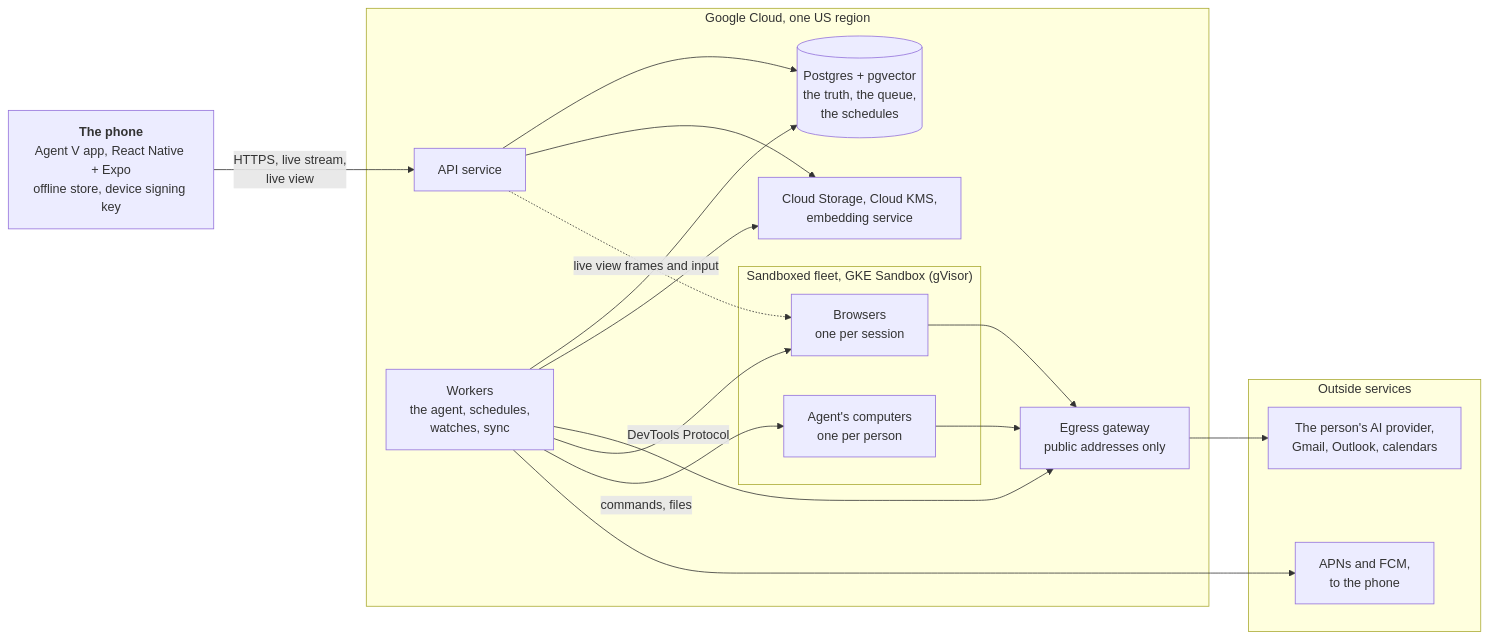
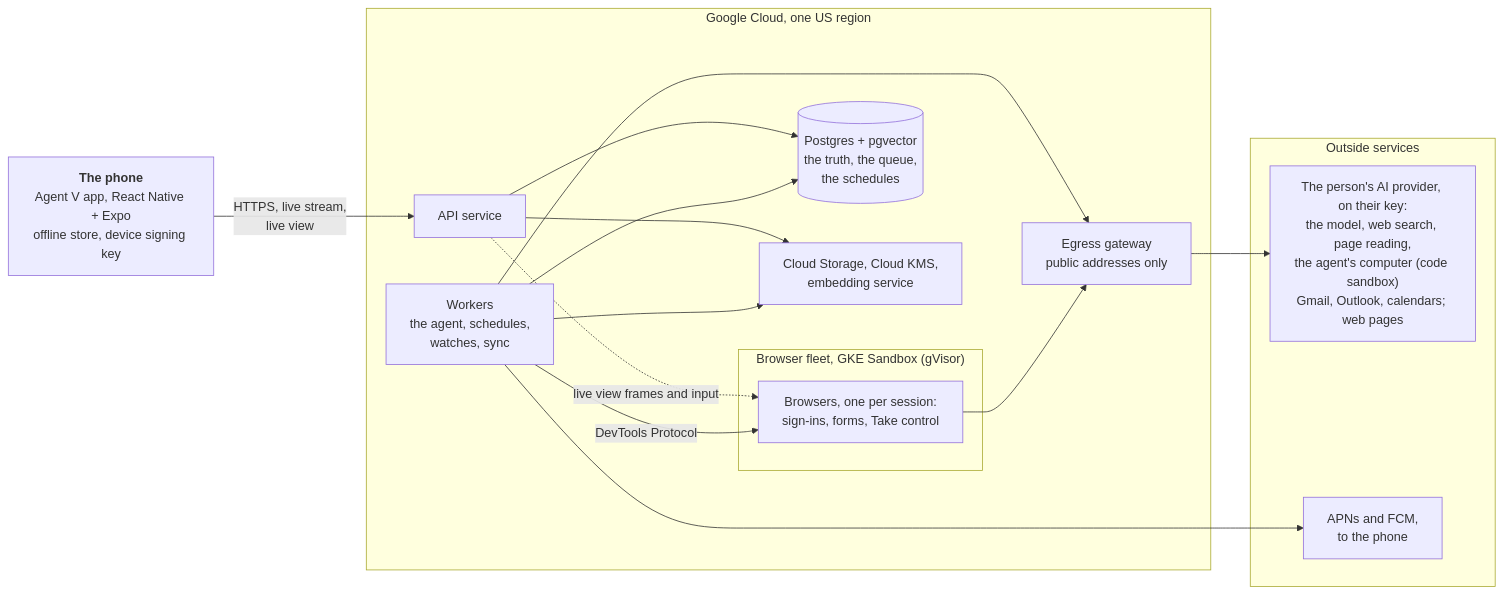
Before and after one commit to vyotiqai/agent-v: the diagram in docs/design/06-technical-design.md, drawn with Mermaid. The commit also changed other lines of this file and 4 other files, not shown here.

````diff
--- a/docs/design/06-technical-design.md
+++ b/docs/design/06-technical-design.md
@@ -34,34 +36,31 @@
 ```mermaid
 flowchart LR
   App["<b>The phone</b><br/>Agent V app, React Native + Expo<br/>offline store, device signing key"]
 
   subgraph GCP["Google Cloud, one US region"]
     API["API service"]
     Workers["Workers<br/>the agent, schedules,<br/>watches, sync"]
     DB[("Postgres + pgvector<br/>the truth, the queue,<br/>the schedules")]
     Side["Cloud Storage, Cloud KMS,<br/>embedding service"]
     Egress["Egress gateway<br/>public addresses only"]
-    subgraph Fleet["Sandboxed fleet, GKE Sandbox (gVisor)"]
-      Browser["Browsers<br/>one per session"]
-      Sandbox["Agent's computers<br/>one per person"]
+    subgraph Fleet["Browser fleet, GKE Sandbox (gVisor)"]
+      Browser["Browsers, one per session:<br/>sign-ins, forms, Take control"]
     end
   end
 
   subgraph Outside["Outside services"]
-    Net["The person's AI provider,<br/>Gmail, Outlook, calendars"]
+    Net["The person's AI provider, on their key:<br/>the model, web search, page reading,<br/>the agent's computer (code sandbox)<br/>Gmail, Outlook, calendars; web pages"]
     Push["APNs and FCM,<br/>to the phone"]
   end
 
   App -->|"HTTPS, live stream,<br/>live view"| API
   API --> DB
   API --> Side
   API -.->|"live view frames and input"| Browser
   Workers --> DB
   Workers --> Side
   Workers --> Egress --> Net
   Workers -->|"DevTools Protocol"| Browser
-  Workers -->|"commands, files"| Sandbox
   Browser --> Egress
-  Sandbox --> Egress
   Workers --> Push
 ```
````
